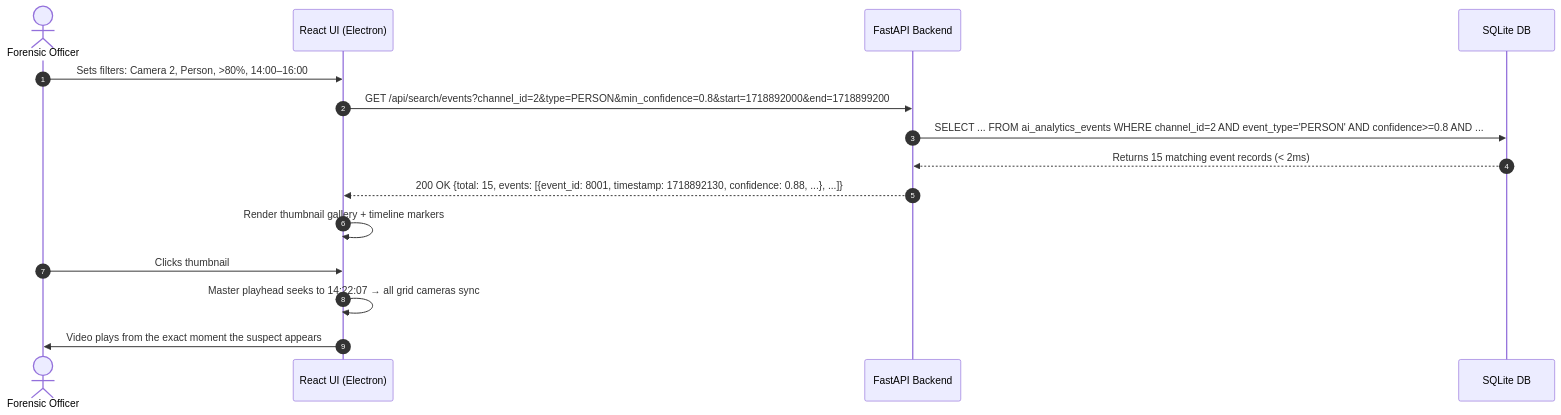
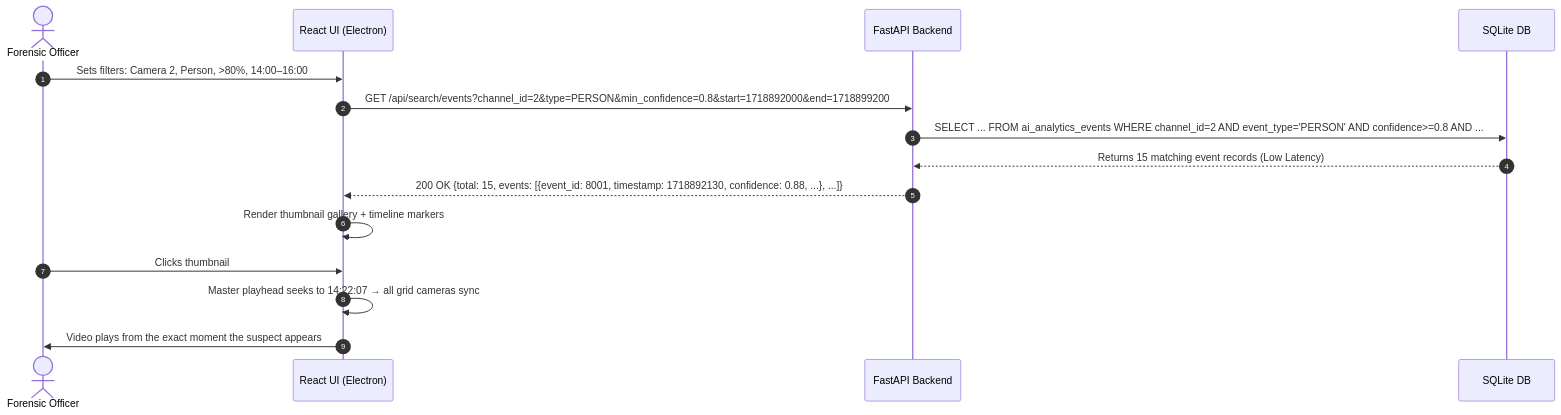
Before and after one commit to rehanhalai/locus-docs: the diagram in MVP/features/evidence-search/evidence-search.md, drawn with Mermaid. The commit also changed other lines of this file and 20 other files, not shown here.

````diff
--- a/MVP/features/evidence-search/evidence-search.md
+++ b/MVP/features/evidence-search/evidence-search.md
@@ -143,18 +143,18 @@
 ```mermaid
 sequenceDiagram
     autonumber
     actor Officer as Forensic Officer
     participant UI as React UI (Electron)
     participant API as FastAPI Backend
     participant DB as SQLite DB
 
     Officer->>UI: Sets filters: Camera 2, Person, >80%, 14:00–16:00
     UI->>API: GET /api/search/events?channel_id=2&type=PERSON&min_confidence=0.8&start=1718892000&end=1718899200
     API->>DB: SELECT ... FROM ai_analytics_events WHERE channel_id=2 AND event_type='PERSON' AND confidence>=0.8 AND ...
-    DB-->>API: Returns 15 matching event records (< 2ms)
+    DB-->>API: Returns 15 matching event records (Low Latency)
     API-->>UI: 200 OK {total: 15, events: [{event_id: 8001, timestamp: 1718892130, confidence: 0.88, ...}, ...]}
     UI->>UI: Render thumbnail gallery + timeline markers
     Officer->>UI: Clicks thumbnail #4 (timestamp: 14:22:07)
     UI->>UI: Master playhead seeks to 14:22:07 → all grid cameras sync
     UI->>Officer: Video plays from the exact moment the suspect appears
 ```
````
